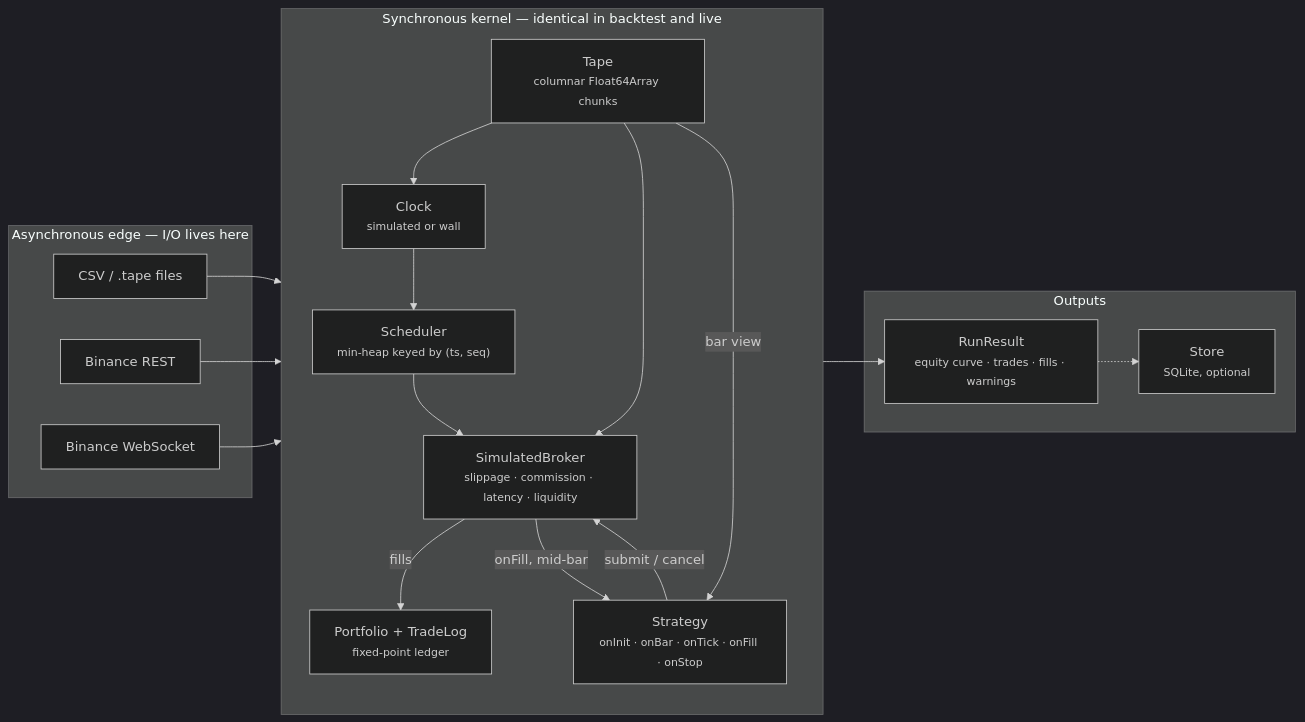
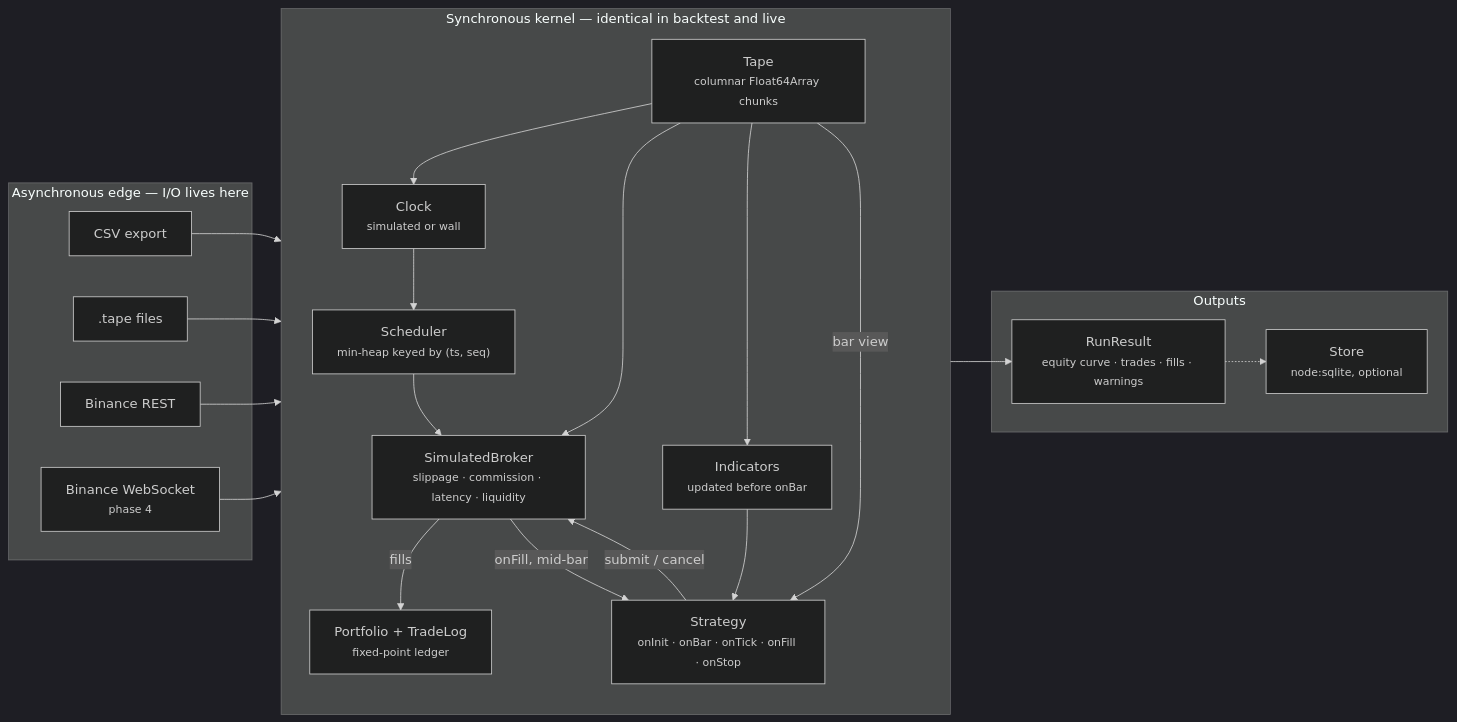
The diagram in README.md (naderfilho/Tapedeck), drawn with Mermaid (dark theme) before and after one commit. The commit also changed other lines of this file and 5 other files, not shown here.

````diff
--- a/README.md
+++ b/README.md
@@ -34,37 +35,42 @@
 ```mermaid
 flowchart LR
   subgraph edge["Asynchronous edge — I/O lives here"]
-    csv["CSV / .tape files"]
+    csv["CSV export"]
+    tape[".tape files"]
     rest["Binance REST"]
-    ws["Binance WebSocket"]
+    ws["Binance WebSocket<br/><small>phase 4</small>"]
   end
 
   subgraph kernel["Synchronous kernel — identical in backtest and live"]
     direction TB
-    tape["Tape<br/><small>columnar Float64Array chunks</small>"]
+    chunks["Tape<br/><small>columnar Float64Array chunks</small>"]
     sched["Scheduler<br/><small>min-heap keyed by (ts, seq)</small>"]
     clock["Clock<br/><small>simulated or wall</small>"]
     broker["SimulatedBroker<br/><small>slippage · commission · latency · liquidity</small>"]
+    ind["Indicators<br/><small>updated before onBar</small>"]
     strat["Strategy<br/><small>onInit · onBar · onTick · onFill · onStop</small>"]
     port["Portfolio + TradeLog<br/><small>fixed-point ledger</small>"]
   end
 
   subgraph out["Outputs"]
     result["RunResult<br/><small>equity curve · trades · fills · warnings</small>"]
-    store["Store<br/><small>SQLite, optional</small>"]
+    store["Store<br/><small>node:sqlite, optional</small>"]
   end
 
-  csv --> tape
-  rest --> tape
+  csv --> chunks
+  tape --> chunks
+  rest --> chunks
   ws --> sched
-  tape --> clock
+  chunks --> clock
   clock --> sched
   sched --> broker
-  tape --> broker
+  chunks --> broker
+  chunks --> ind
+  ind --> strat
   broker -- "fills" --> port
   broker -- "onFill, mid-bar" --> strat
-  tape -- "bar view" --> strat
+  chunks -- "bar view" --> strat
   strat -- "submit / cancel" --> broker
   port --> result
   result -.-> store
 ```
````
